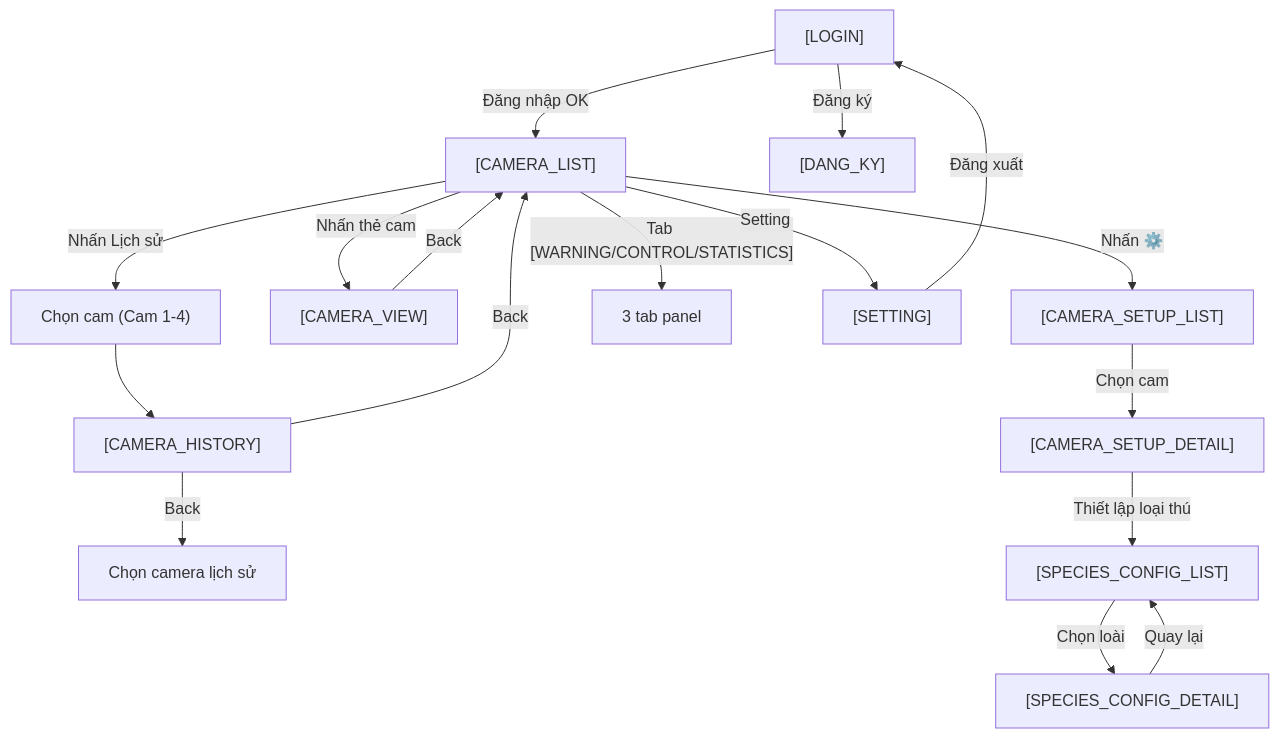
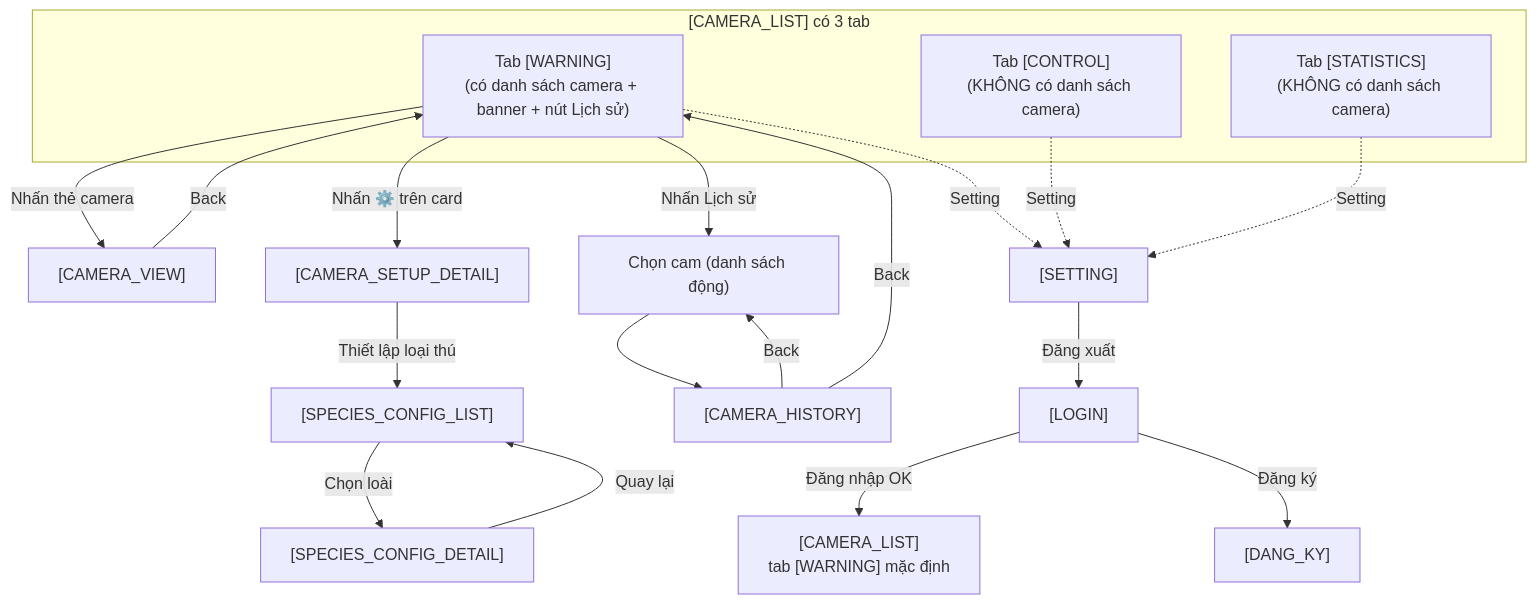
One commit to trungnguyenthien/Wildlife-Warning-and-Deterrence-System changed the diagram in outputs/dac-ta-man-hinh-android-app.md. Above: the diagram before and after it, drawn with Mermaid. The commit also changed other lines of this file, not shown here.

Commit message:
docs: update Android app UI/UX specifications for CAMERA_LIST and tab functionalities

````diff
--- a/outputs/dac-ta-man-hinh-android-app.md
+++ b/outputs/dac-ta-man-hinh-android-app.md
@@ -286,23 +332,30 @@
 ```mermaid
 flowchart TD
-    Login["[LOGIN]"] -->|"Đăng nhập OK"| CamList["[CAMERA_LIST]"]
+    Login["[LOGIN]"] -->|"Đăng nhập OK"| CamList["[CAMERA_LIST]<br/>tab [WARNING] mặc định"]
     Login -->|"Đăng ký"| Reg["[DANG_KY]"]
 
-    CamList -->|"Nhấn ⚙️"| SetupList["[CAMERA_SETUP_LIST]"]
-    CamList -->|"Nhấn thẻ cam"| CamView["[CAMERA_VIEW]"]
-    CamList -->|"Nhấn Lịch sử"| HistPick["Chọn cam (Cam 1-4)"]
+    %% Trong [CAMERA_LIST] chỉ tab [WARNING] mới có danh sách camera
+    subgraph TabList["[CAMERA_LIST] có 3 tab"]
+        TabW["Tab [WARNING]<br/>(có danh sách camera + banner + nút Lịch sử)"]
+        TabC["Tab [CONTROL]<br/>(KHÔNG có danh sách camera)"]
+        TabS["Tab [STATISTICS]<br/>(KHÔNG có danh sách camera)"]
+    end
+
+    %% Từ tab WARNING (chỗ có danh sách camera + nút Lịch sử)
+    TabW -->|"Nhấn thẻ camera"| CamView["[CAMERA_VIEW]"]
+    TabW -->|"Nhấn ⚙️ trên card"| SetupDetail["[CAMERA_SETUP_DETAIL]"]
+    TabW -->|"Nhấn Lịch sử"| HistPick["Chọn cam (danh sách động)"]
     HistPick --> CamHistory["[CAMERA_HISTORY]"]
 
-    CamView -->|"Back"| CamList
-    CamHistory -->|"Back"| CamViewDisabled["Chọn camera lịch sử"]
-    CamHistory -->|"Back"| CamList
-
-    SetupList -->|"Chọn cam"| SetupDetail["[CAMERA_SETUP_DETAIL]"]
+    %% Back navigation
+    CamView -->|"Back"| TabW
+    CamHistory -->|"Back"| HistPick
+    CamHistory -->|"Back"| TabW
     SetupDetail -->|"Thiết lập loại thú"| SpList["[SPECIES_CONFIG_LIST]"]
     SpList -->|"Chọn loài"| SpDetail["[SPECIES_CONFIG_DETAIL]"]
     SpDetail -->|"Quay lại"| SpList
 
-    CamList -->|"Tab [WARNING/CONTROL/STATISTICS]"| Panels["3 tab panel"]
-    CamList -->|"Setting"| Setting["[SETTING]"]
+    %% Tới setting
+    TabW & TabC & TabS -.->|"Setting"| Setting["[SETTING]"]
     Setting -->|"Đăng xuất"| Login
 ```
````
